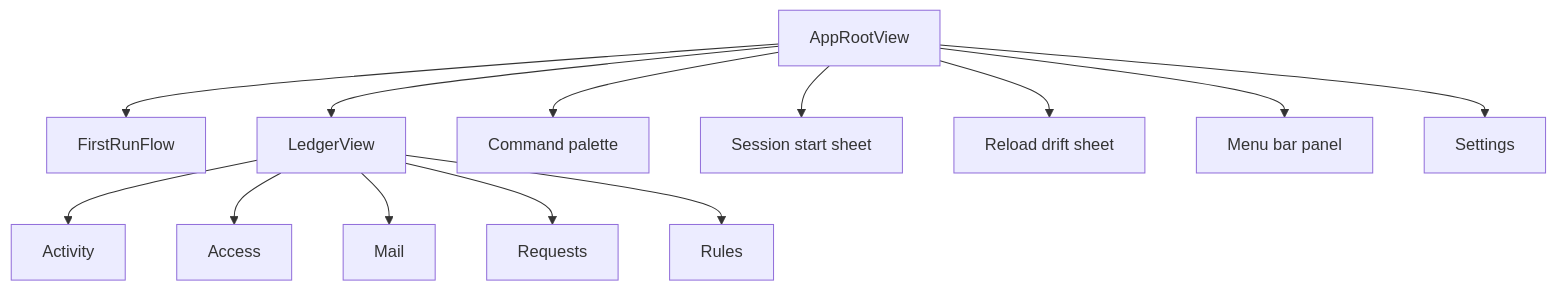
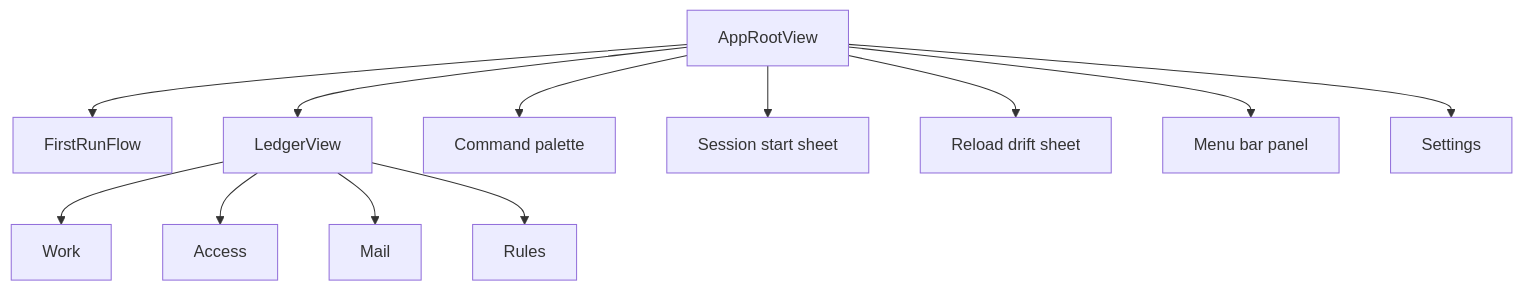
The second of 8 diagrams in docs/architecture.md (Spatial-Duality/Manifold), drawn with Mermaid before and after one commit. The commit also changed other lines of this file and 84 other files, not shown here.

````diff
--- a/docs/architecture.md
+++ b/docs/architecture.md
@@ -30,15 +30,14 @@
 ```mermaid
 flowchart TD
     A["AppRootView"] --> B["FirstRunFlow"]
     A --> C["LedgerView"]
     A --> D["Command palette"]
     A --> E["Session start sheet"]
     A --> F["Reload drift sheet"]
-    C --> G["Activity"]
+    C --> G["Work"]
     C --> H["Access"]
     C --> I["Mail"]
-    C --> J["Requests"]
-    C --> K["Rules"]
+    C --> J["Rules"]
     A --> L["Menu bar panel"]
     A --> M["Settings"]
 ```
````
